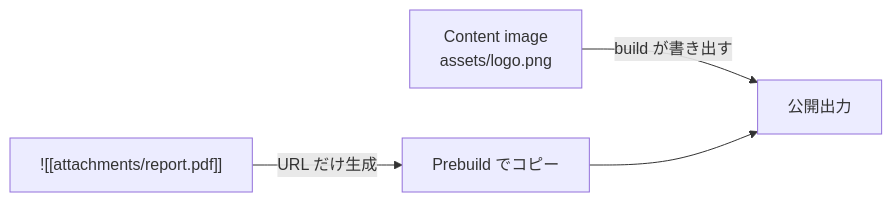
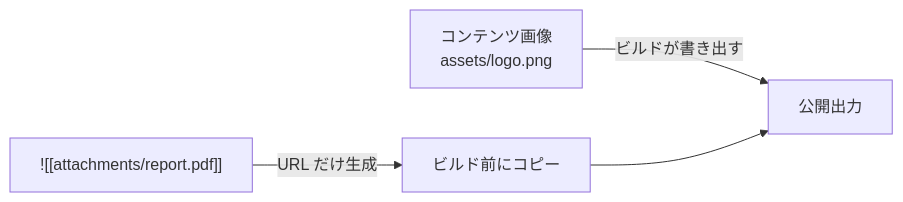
Before and after one commit to Rerurate514/riebeckite: the eighth of 10 diagrams in docs/docs/guides/content-repositories.ja.md, drawn with Mermaid. The commit also changed other lines of this file and 310 other files, not shown here.

````diff
--- a/docs/docs/guides/content-repositories.ja.md
+++ b/docs/docs/guides/content-repositories.ja.md
@@ -476,9 +476,9 @@
 ```mermaid
 flowchart LR
-    Image["Content image<br/>assets/logo.png"]
+    Image["コンテンツ画像<br/>assets/logo.png"]
     Attach["![[attachments/report.pdf]]"]
 
-    Image -->|"build が書き出す"| Output["公開出力"]
-    Attach -->|"URL だけ生成"| Prebuild["Prebuild でコピー"]
+    Image -->|"ビルドが書き出す"| Output["公開出力"]
+    Attach -->|"URL だけ生成"| Prebuild["ビルド前にコピー"]
     Prebuild --> Output
 ```
````
